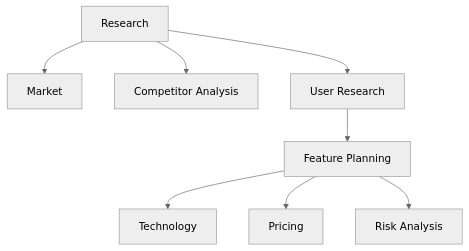
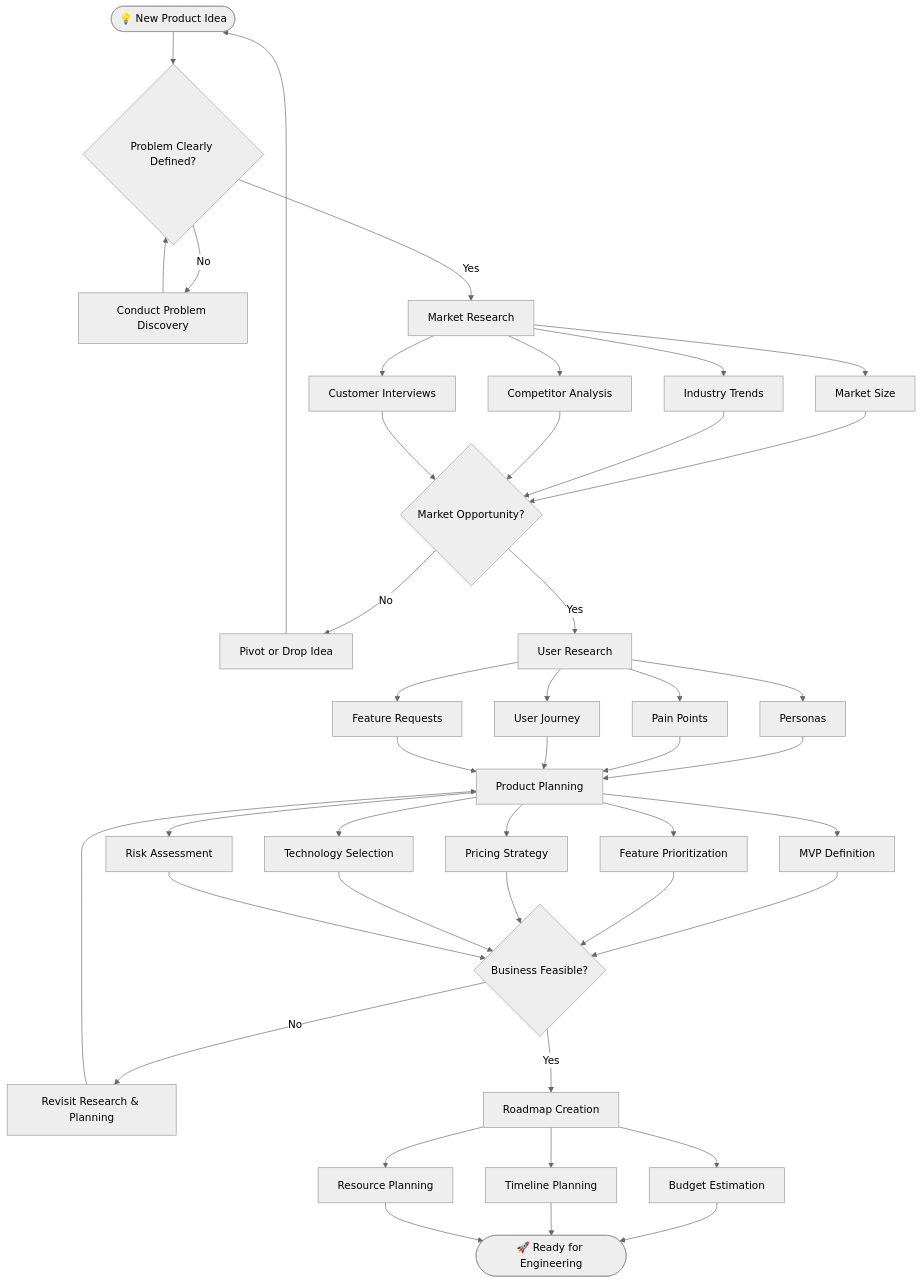
The third of 11 diagrams in public/docs/howIBuild.md (Kapil9711/dev-os), drawn with Mermaid (neutral theme) before and after one commit. The commit also changed other lines of this file and 3 other files, not shown here.

````diff
--- a/public/docs/howIBuild.md
+++ b/public/docs/howIBuild.md
@@ -45,14 +73,72 @@
 ```mermaid
-graph TD
+flowchart TD
 
-    A[Research]
+    Start([💡 New Product Idea])
 
-    A --> B[Market]
-    A --> C[Competitor Analysis]
-    A --> D[User Research]
+    Start --> A{Problem Clearly Defined?}
 
-    D --> E[Feature Planning]
-    E --> F[Technology]
-    E --> G[Pricing]
-    E --> H[Risk Analysis]
+    A -- No --> A1[Conduct Problem Discovery]
+    A1 --> A
+
+    A -- Yes --> B[Market Research]
+
+    B --> C1[Market Size]
+    B --> C2[Industry Trends]
+    B --> C3[Competitor Analysis]
+    B --> C4[Customer Interviews]
+
+    C1 --> D
+    C2 --> D
+    C3 --> D
+    C4 --> D
+
+    D{Market Opportunity?}
+
+    D -- No --> Pivot[Pivot or Drop Idea]
+    Pivot --> Start
+
+    D -- Yes --> E[User Research]
+
+    E --> E1[Personas]
+    E --> E2[Pain Points]
+    E --> E3[User Journey]
+    E --> E4[Feature Requests]
+
+    E1 --> F
+    E2 --> F
+    E3 --> F
+    E4 --> F
+
+    F[Product Planning]
+
+    F --> G1[MVP Definition]
+    F --> G2[Feature Prioritization]
+    F --> G3[Pricing Strategy]
+    F --> G4[Technology Selection]
+    F --> G5[Risk Assessment]
+
+    G1 --> H
+    G2 --> H
+    G3 --> H
+    G4 --> H
+    G5 --> H
+
+    H{Business Feasible?}
+
+    H -- No --> Rework[Revisit Research & Planning]
+    Rework --> F
+
+    H -- Yes --> I[Roadmap Creation]
+
+    I --> J[Budget Estimation]
+    I --> K[Timeline Planning]
+    I --> L[Resource Planning]
+
+    J --> M
+
+    K --> M
+
+    L --> M
+
+    M([🚀 Ready for Engineering])
 ```
````
